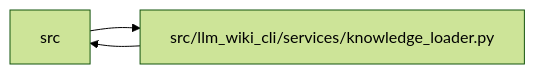
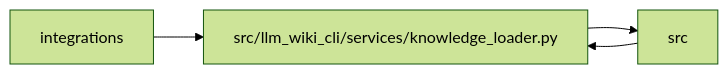
Before and after one commit to Denissvgn/python-wiki-llm: the diagram in docs/llm_wiki/modules/knowledge_loader.md, drawn with Mermaid (forest theme). The commit also changed other lines of this file and 369 other files, not shown here.

````diff
--- a/docs/llm_wiki/modules/knowledge_loader.md
+++ b/docs/llm_wiki/modules/knowledge_loader.md
@@ -33,8 +33,10 @@
 ```mermaid
 flowchart LR
-    n0["src"]
-    n1["src/llm_wiki_cli/services/knowledge_loader.py"]
-    n0 --> n1
-    n1 --> n0
-    click n1 "../modules/knowledge_loader.md"
+    n0["integrations"]
+    n1["src"]
+    n2["src/llm_wiki_cli/services/knowledge_loader.py"]
+    n0 --> n2
+    n1 --> n2
+    n2 --> n1
+    click n2 "../modules/knowledge_loader.md"
 ```
````
